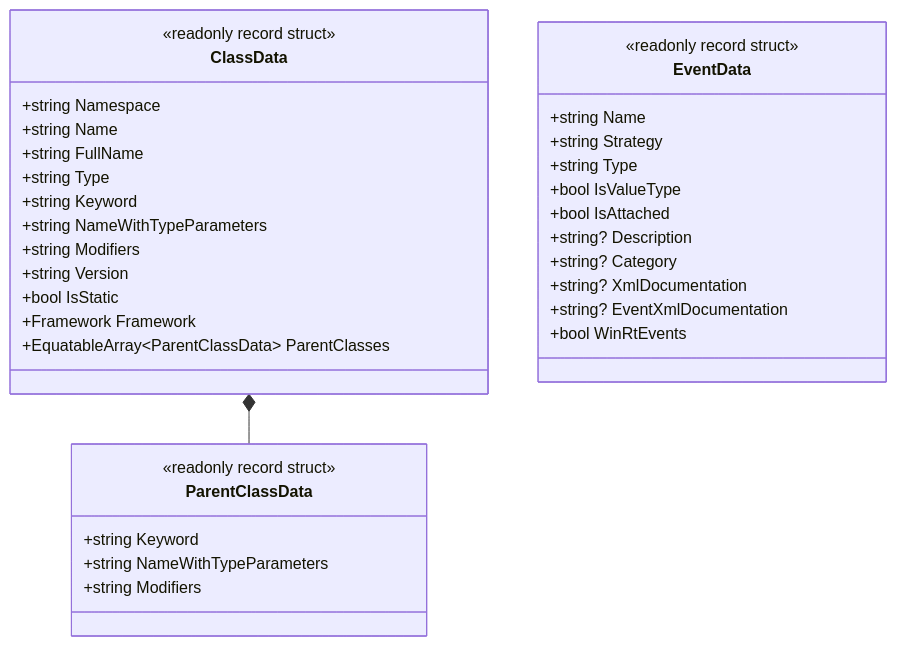
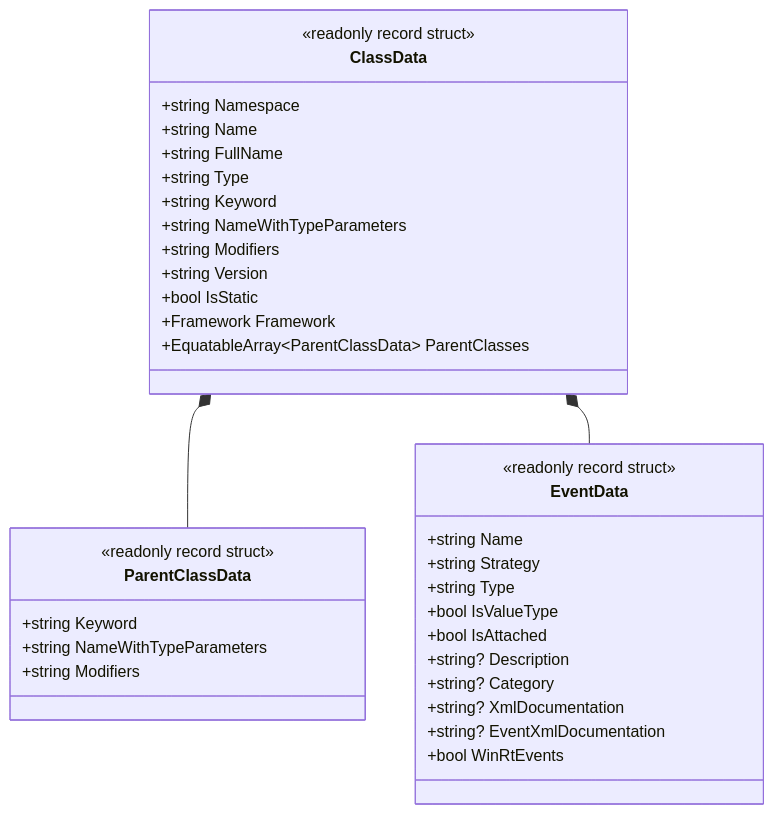
Before and after one commit to kassyi/DependencyPropertyGenerator: the second of 5 diagrams in spec/en/02_foundation_and_domain.md, drawn with Mermaid. The commit also changed other lines of this file and 7 other files, not shown here.

````diff
--- a/spec/en/02_foundation_and_domain.md
+++ b/spec/en/02_foundation_and_domain.md
@@ -68,37 +102,38 @@
 ```mermaid
 classDiagram
     class ClassData {
         <<readonly record struct>>
         +string Namespace
         +string Name
         +string FullName
         +string Type
         +string Keyword
         +string NameWithTypeParameters
         +string Modifiers
         +string Version
         +bool IsStatic
         +Framework Framework
         +EquatableArray~ParentClassData~ ParentClasses
     }
     class ParentClassData {
         <<readonly record struct>>
         +string Keyword
         +string NameWithTypeParameters
         +string Modifiers
     }
     class EventData {
         <<readonly record struct>>
         +string Name
         +string Strategy
         +string Type
         +bool IsValueType
         +bool IsAttached
         +string? Description
         +string? Category
         +string? XmlDocumentation
         +string? EventXmlDocumentation
         +bool WinRtEvents
     }
     ClassData *-- ParentClassData
+    ClassData *-- EventData
 ```
````
